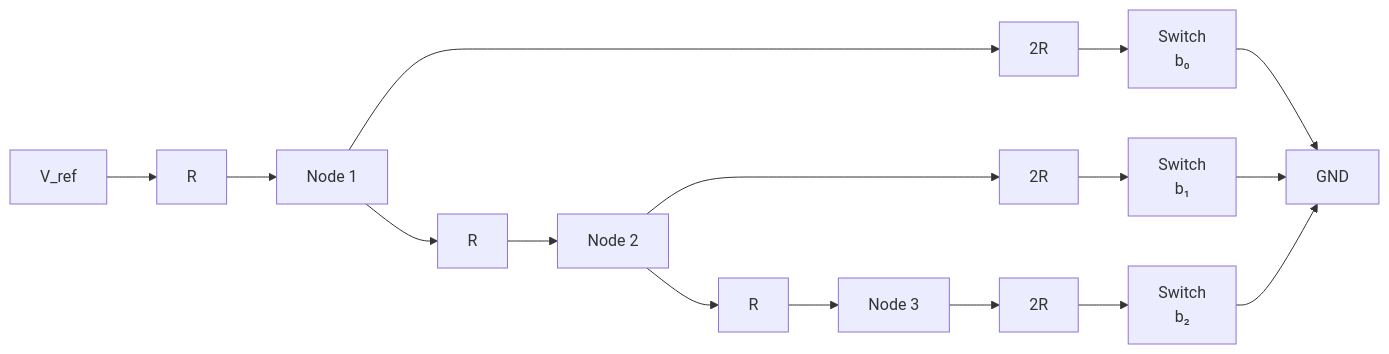
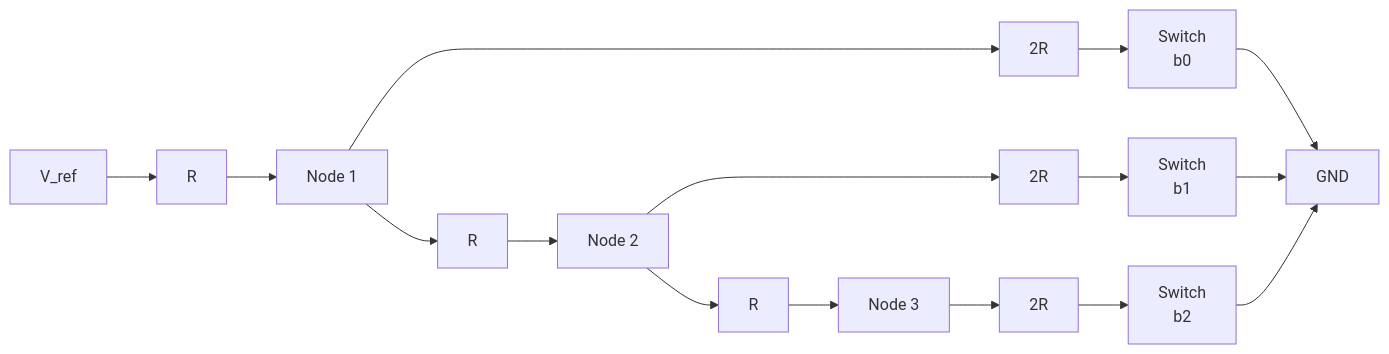
The third of 6 diagrams in docs/courses/digital-logic/13-dac-adc.md (Raushan666java/ai-engineering-journey), drawn with Mermaid before and after one commit. The commit also changed other lines of this file and 790 other files, not shown here.

Commit message:
Sync all course diagram renders and content updates

````diff
--- a/docs/courses/digital-logic/13-dac-adc.md
+++ b/docs/courses/digital-logic/13-dac-adc.md
@@ -216,18 +216,18 @@
 ```mermaid
 graph LR
     VREF[V_ref] --> R1a[R]
     R1a --> N1[Node 1]
     N1 --> R2a[R]
     R2a --> N2[Node 2]
     N2 --> R3a[R]
     R3a --> N3[Node 3]
     N1 --> R1b[2R]
-    R1b --> S1[Switch<br>b₀]
+    R1b --> S1[Switch<br>b0]
     N2 --> R2b[2R]
-    R2b --> S2[Switch<br>b₁]
+    R2b --> S2[Switch<br>b1]
     N3 --> R3b[2R]
-    R3b --> S3[Switch<br>b₂]
+    R3b --> S3[Switch<br>b2]
     S1 --> GND[GND]
     S2 --> GND
     S3 --> GND
 ```
````
